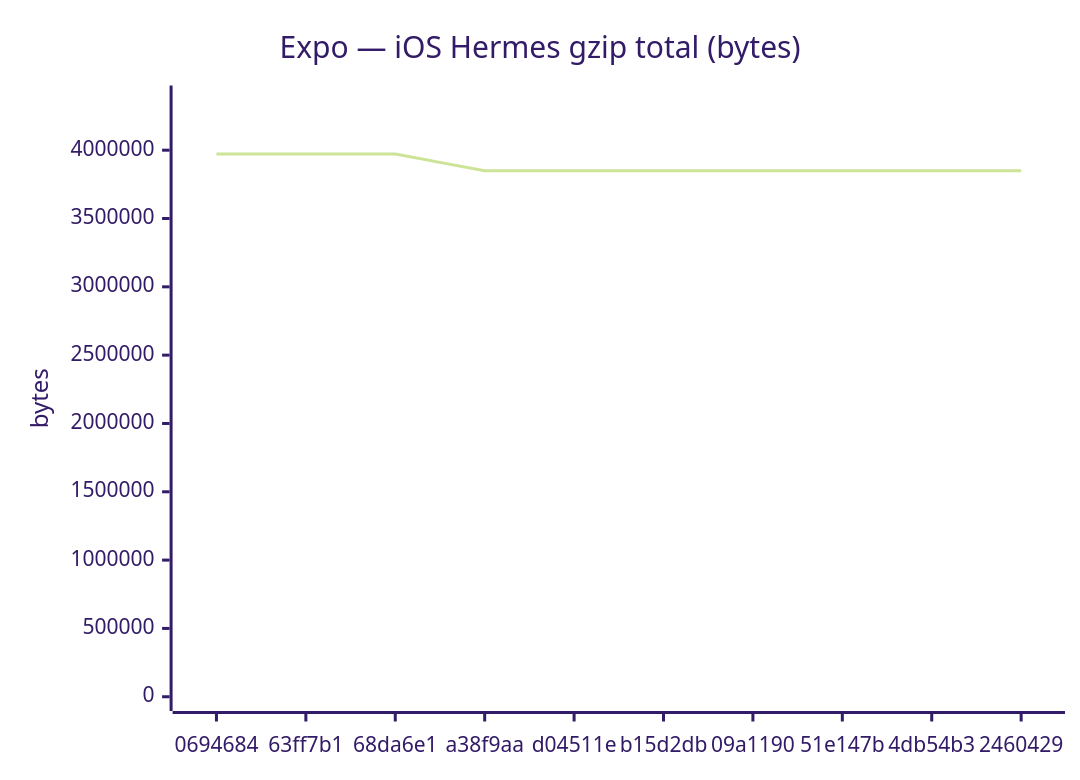
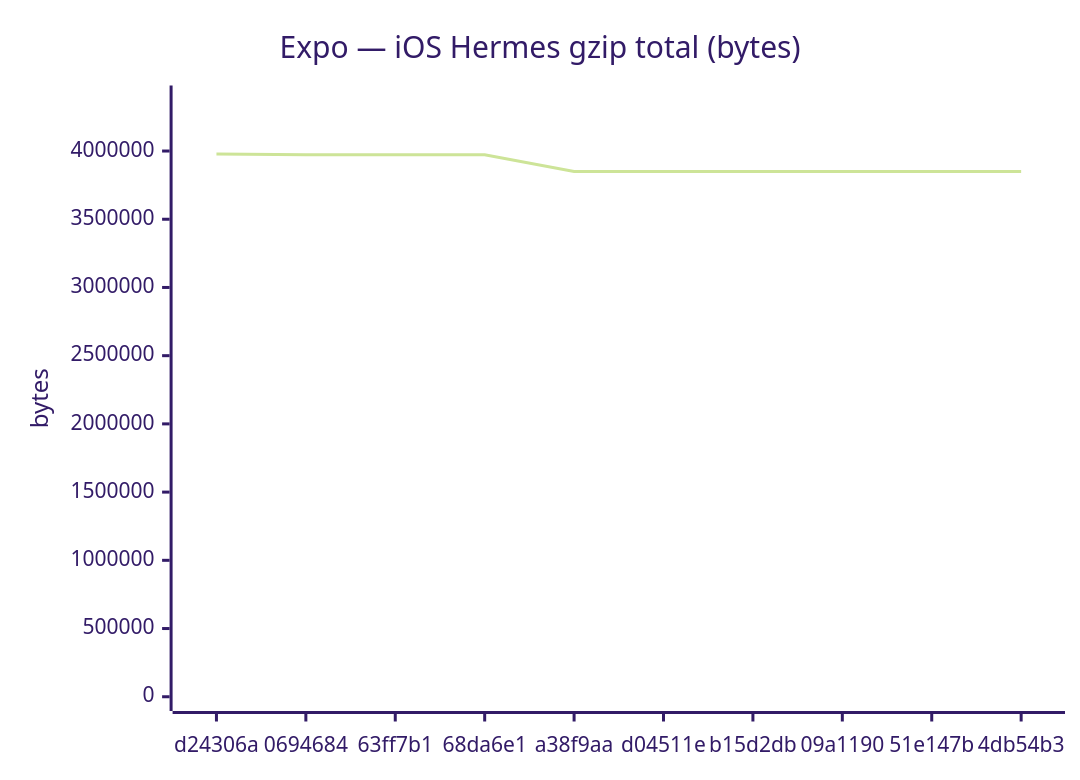
The sixth of 18 diagrams in benchmarks/compare.md (Metaheurist/Rianell), drawn with Mermaid (forest theme) before and after one commit. The commit also changed other lines of this file and 11 other files, not shown here.

````diff
--- a/benchmarks/compare.md
+++ b/benchmarks/compare.md
@@ -96,7 +96,7 @@
 ```mermaid
 xychart-beta
     title "Expo — iOS Hermes gzip total (bytes)"
-    x-axis ["0694684", "63ff7b1", "68da6e1", "a38f9aa", "d04511e", "b15d2db", "09a1190", "51e147b", "4db54b3", "2460429"]
-    y-axis "bytes" 0 --> 4369141
-    line [3971946, 3971945, 3971946, 3849365, 3849367, 3849366, 3850104, 3850105, 3850105, 3850104]
+    x-axis ["d24306a", "0694684", "63ff7b1", "68da6e1", "a38f9aa", "d04511e", "b15d2db", "09a1190", "51e147b", "4db54b3"]
+    y-axis "bytes" 0 --> 4375840
+    line [3978036, 3971946, 3971945, 3971946, 3849365, 3849367, 3849366, 3850104, 3850105, 3850105]
 ```
````
